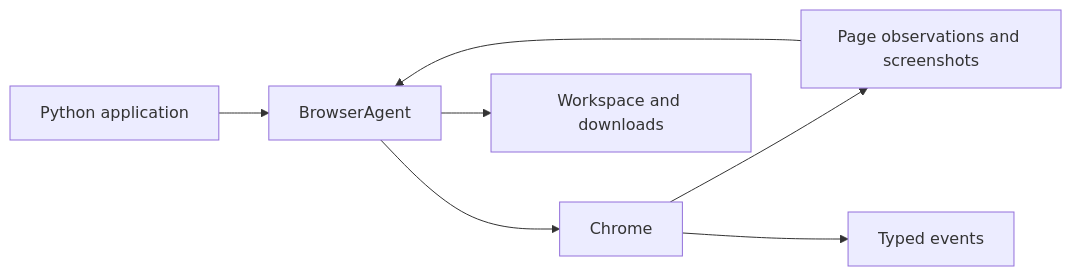
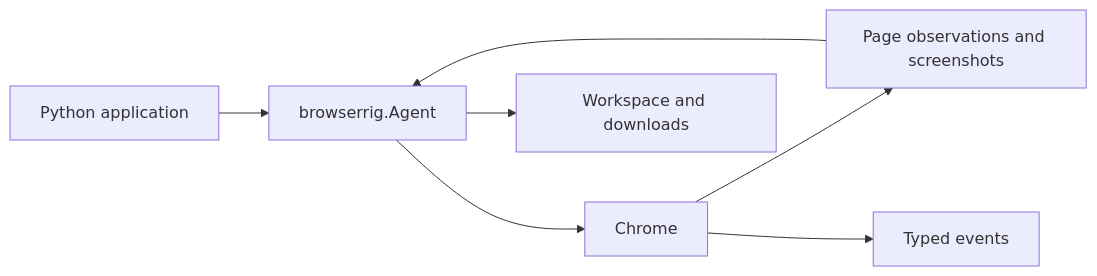
The diagram in README.md (mathisarends/browserrig), drawn with Mermaid before and after one commit. The commit also changed 36 other files, not shown here.

First line of the commit message:
refactor: compose browser agents from plugins and rename BrowserAgent to Agent

````diff
--- a/README.md
+++ b/README.md
@@ -7,9 +7,9 @@
 ```mermaid
 flowchart LR
-    App[Python application] --> Agent[BrowserAgent]
+    App[Python application] --> Agent[browserrig.Agent]
     Agent --> Chrome
     Chrome --> State[Page observations and screenshots]
     State --> Agent
     Chrome --> Events[Typed events]
     Agent --> Files[Workspace and downloads]
 ```
````
